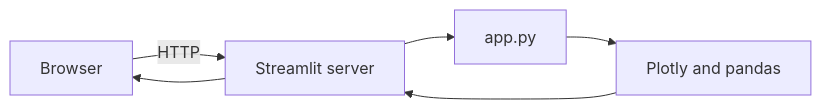
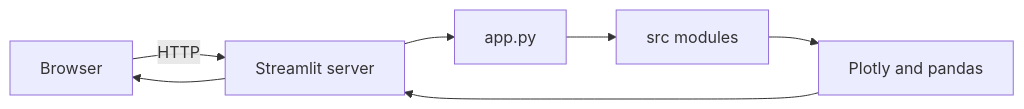
The diagram in docs/Architecture.md (fworks-tech/chain-telescope), drawn with Mermaid before and after one commit. The commit also changed other lines of this file and 16 other files, not shown here.

Commit message:
refactor(ui): modularize Streamlit dashboard into src modules

````diff
--- a/docs/Architecture.md
+++ b/docs/Architecture.md
@@ -13,13 +13,15 @@
 ```mermaid
 flowchart LR
   Browser[Browser]
   StreamlitServer[Streamlit server]
   AppPy[app.py]
+  SrcModules[src modules]
   PlotlyPandas[Plotly and pandas]
 
   Browser -->|HTTP| StreamlitServer
   StreamlitServer --> AppPy
-  AppPy --> PlotlyPandas
+  AppPy --> SrcModules
+  SrcModules --> PlotlyPandas
   PlotlyPandas --> StreamlitServer
   StreamlitServer --> Browser
 ```
````
